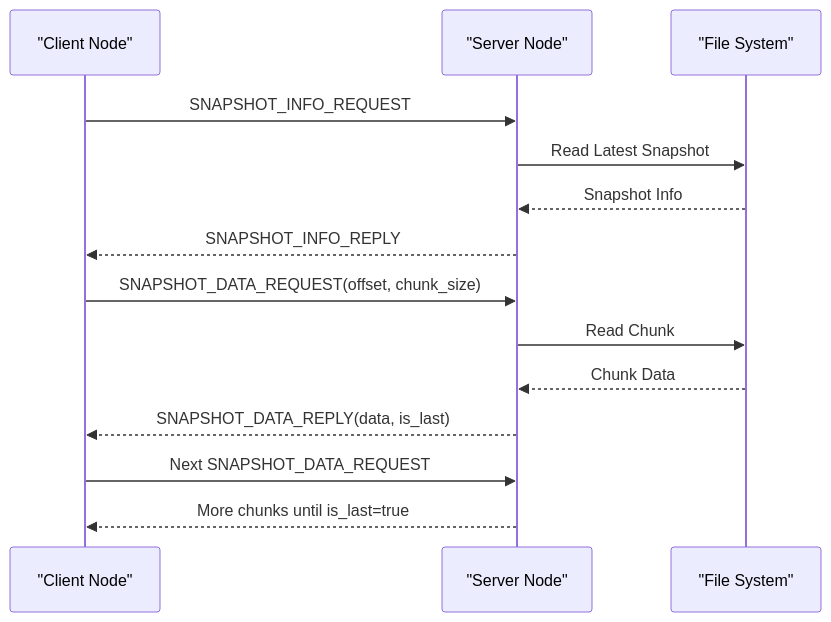
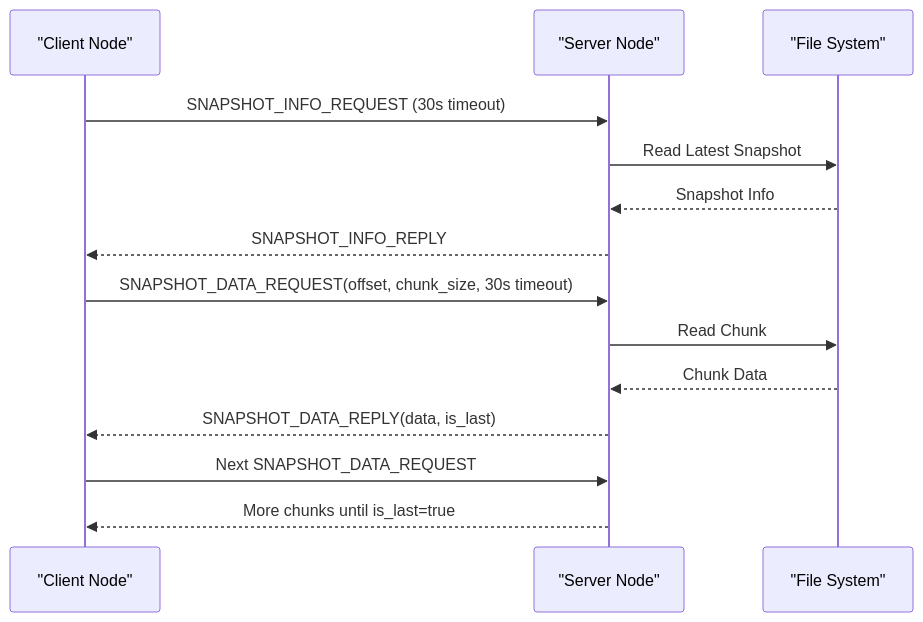
Before and after one commit to VIZ-Blockchain/viz-cpp-node: the second of 44 diagrams in .qoder/repowiki/en/content/Plugin System/Snapshot Plugin System.md, drawn with Mermaid. The commit also changed other lines of this file and 4 other files, not shown here.

````diff
--- a/.qoder/repowiki/en/content/Plugin System/Snapshot Plugin System.md
+++ b/.qoder/repowiki/en/content/Plugin System/Snapshot Plugin System.md
@@ -215,16 +183,16 @@
 ```mermaid
 sequenceDiagram
 participant Client as "Client Node"
 participant Server as "Server Node"
 participant FS as "File System"
-Client->>Server : SNAPSHOT_INFO_REQUEST
+Client->>Server : SNAPSHOT_INFO_REQUEST (30s timeout)
 Server->>FS : Read Latest Snapshot
 FS-->>Server : Snapshot Info
 Server-->>Client : SNAPSHOT_INFO_REPLY
-Client->>Server : SNAPSHOT_DATA_REQUEST(offset, chunk_size)
+Client->>Server : SNAPSHOT_DATA_REQUEST(offset, chunk_size, 30s timeout)
 Server->>FS : Read Chunk
 FS-->>Server : Chunk Data
 Server-->>Client : SNAPSHOT_DATA_REPLY(data, is_last)
 Client->>Server : Next SNAPSHOT_DATA_REQUEST
 Server-->>Client : More chunks until is_last=true
 ```
````
